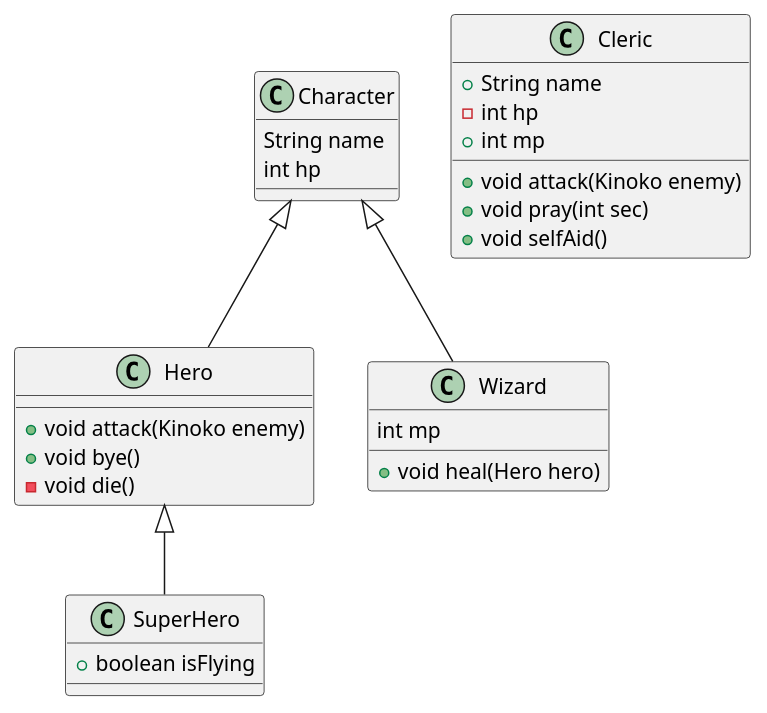
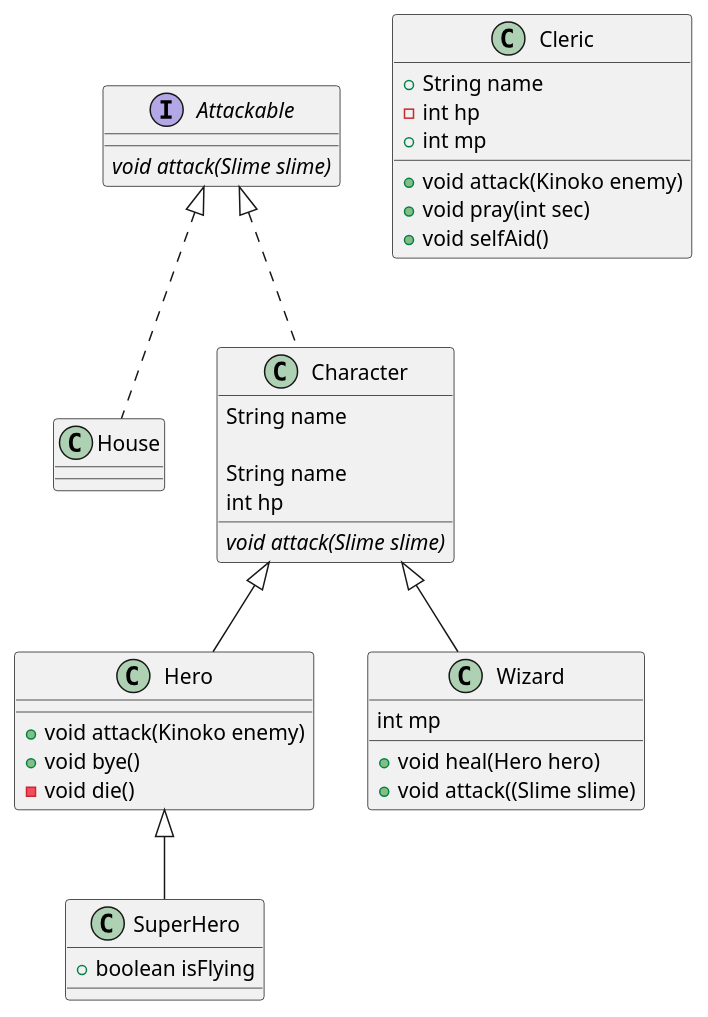
One commit to SurvivalCodingCampus/polytech_java_study changed the diagram in src/main/java/com/survivalcoding/assignments_01_instance/exam01/game.puml. Above: the diagram before and after it, drawn with PlantUML. The commit also changed 4 other files, not shown here.

```diff
--- a/src/main/java/com/survivalcoding/assignments_01_instance/exam01/game.puml
+++ b/src/main/java/com/survivalcoding/assignments_01_instance/exam01/game.puml
@@ -1,33 +1,49 @@
 @startuml
 'https://plantuml.com/class-diagram
 
 class SuperHero extends Hero{
     + boolean isFlying
 }
+
+interface Attackable {
+{abstract} void attack(Slime slime)
+}
+
+class House implements Attackable {
+}
+
+abstract class Character implements Attackable {
+String name
+
+}
+
 class Character{
     String name
     int hp
+
+    {abstract} void attack(Slime slime)
 }
 
 class Wizard extends Character{
     int mp
     + void heal(Hero hero)
+    + void attack((Slime slime)
 }
 
 class Hero extends Character {
     + void attack(Kinoko enemy)
     + void bye()
     - void die()
 }
 
 class Cleric{
     + String name
     - int hp
     + int mp
 
     + void attack(Kinoko enemy)
     + void pray(int sec)
     + void selfAid()
 }
 
 @enduml
```
